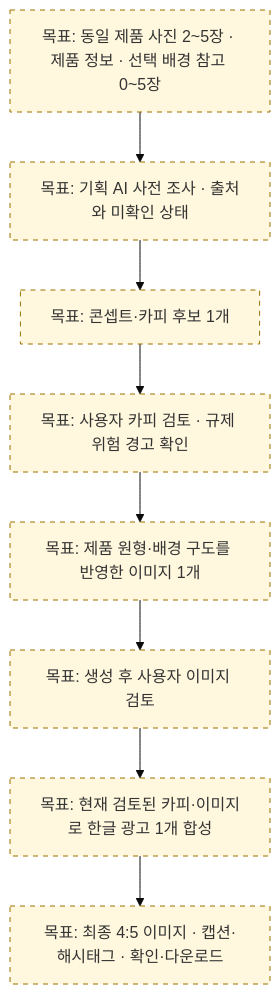
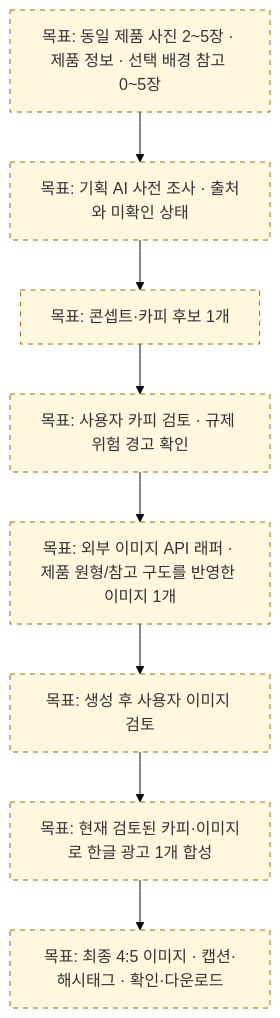
Before and after one commit to uyt5041-lab/beauty-ai-models: the diagram in docs/ssotAlignment.md, drawn with Mermaid (base theme). The commit also changed other lines of this file and 16 other files, not shown here.

Commit message:
docs: align image scope with external API wrappers

````diff
--- a/docs/ssotAlignment.md
+++ b/docs/ssotAlignment.md
@@ -30,14 +35,14 @@
 ```mermaid
 flowchart TD
     input["목표: 동일 제품 사진 2~5장 · 제품 정보 · 선택 배경 참고 0~5장"]
     research["목표: 기획 AI 사전 조사 · 출처와 미확인 상태"]
     copy["목표: 콘셉트·카피 후보 1개"]
     copyReview["목표: 사용자 카피 검토 · 규제 위험 경고 확인"]
-    image["목표: 제품 원형·배경 구도를 반영한 이미지 1개"]
+    image["목표: 외부 이미지 API 래퍼 · 제품 원형/참고 구도를 반영한 이미지 1개"]
     imageReview["목표: 생성 후 사용자 이미지 검토"]
     render["목표: 현재 검토된 카피·이미지로 한글 광고 1개 합성"]
     output["목표: 최종 4:5 이미지 · 캡션·해시태그 · 확인·다운로드"]
     input --> research --> copy --> copyReview --> image --> imageReview --> render --> output
     classDef planned fill:#fff8de,stroke:#9a7000,stroke-dasharray:5 5;
     class input,research,copy,copyReview,image,imageReview,render,output planned;
 ```
````
